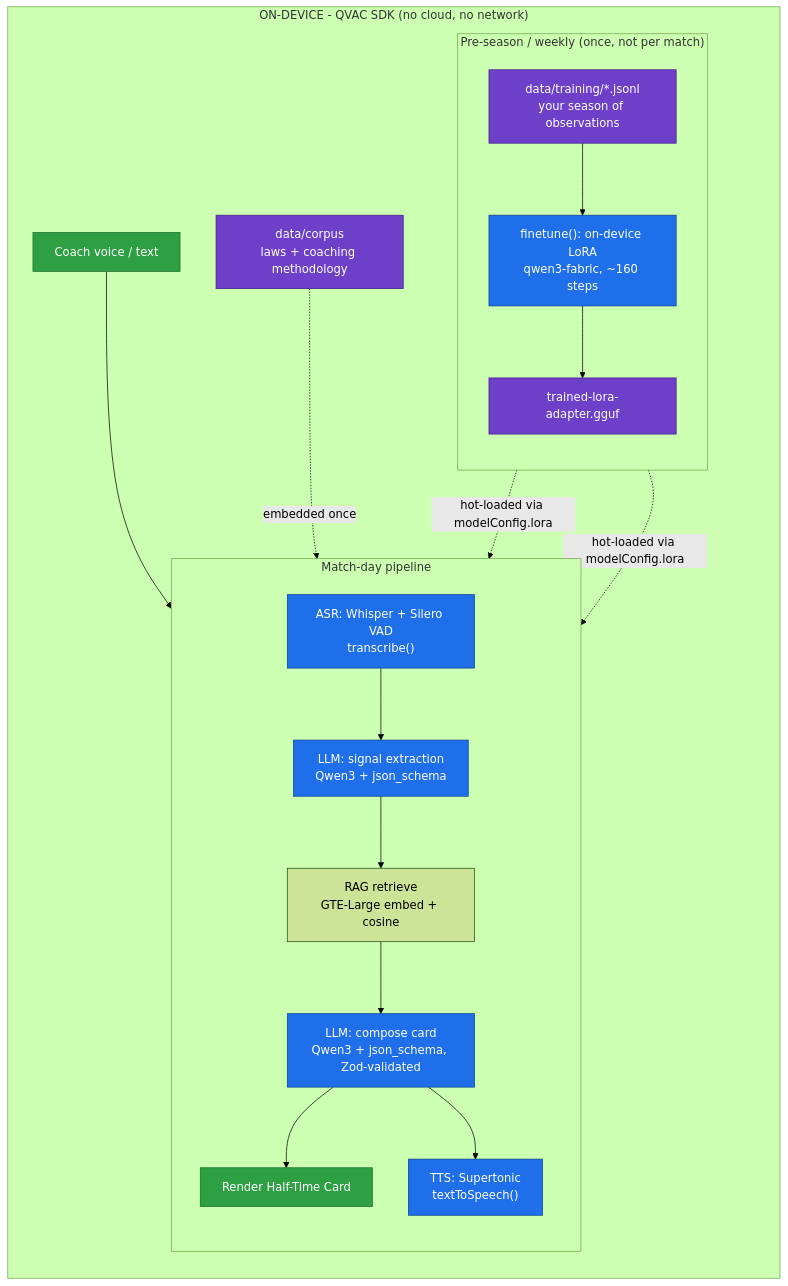
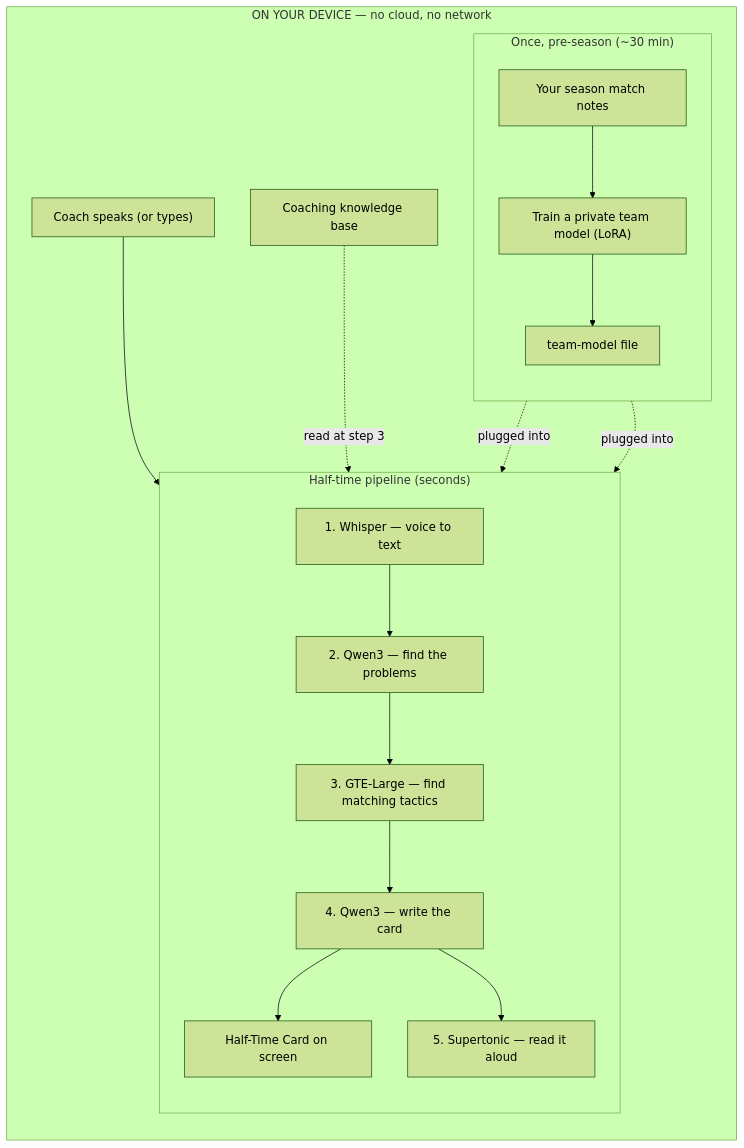
Before and after one commit to FlemingJohn/Gaffer: the first of 4 diagrams in README.md, drawn with Mermaid (forest theme). The commit also changed other lines of this file and 1 other file, not shown here.

Commit message:
docs: rewrite README as multimodal RAG system, add Apache-2.0 license

````diff
--- a/README.md
+++ b/README.md
@@ -67,40 +128,33 @@
 ```mermaid
 flowchart TD
-    subgraph device["ON-DEVICE - QVAC SDK (no cloud, no network)"]
+    subgraph device["ON YOUR DEVICE — no cloud, no network"]
         direction TB
-        IN["Coach voice / text"]
+        IN["Coach speaks (or types)"]
 
-        subgraph match["Match-day pipeline"]
+        subgraph match["Half-time pipeline (seconds)"]
             direction TB
-            ASR["ASR: Whisper + Silero VAD<br/>transcribe()"]
-            SIG["LLM: signal extraction<br/>Qwen3 + json_schema"]
-            RAG["RAG retrieve<br/>GTE-Large embed + cosine"]
-            CARD["LLM: compose card<br/>Qwen3 + json_schema, Zod-validated"]
-            RENDER["Render Half-Time Card"]
-            TTS["TTS: Supertonic<br/>textToSpeech()"]
+            ASR["1. Whisper — voice to text"]
+            SIG["2. Qwen3 — find the problems"]
+            RAG["3. GTE-Large — find matching tactics"]
+            CARD["4. Qwen3 — write the card"]
+            OUT["Half-Time Card on screen"]
+            TTS["5. Supertonic — read it aloud"]
         end
 
-        subgraph train["Pre-season / weekly (once, not per match)"]
+        subgraph train["Once, pre-season (~30 min)"]
             direction TB
-            DATA["data/training/*.jsonl<br/>your season of observations"]
-            FT["finetune(): on-device LoRA<br/>qwen3-fabric, ~160 steps"]
-            ADAPTER["trained-lora-adapter.gguf"]
+            NOTES["Your season match notes"]
+            FT["Train a private team model (LoRA)"]
+            ADAPTER["team-model file"]
         end
 
-        CORPUS["data/corpus<br/>laws + coaching methodology"]
+        KB["Coaching knowledge base"]
     end
 
-    IN --> ASR --> SIG --> RAG --> CARD --> RENDER
+    IN --> ASR --> SIG --> RAG --> CARD --> OUT
     CARD --> TTS
-    CORPUS -. embedded once .-> RAG
-    DATA --> FT --> ADAPTER
-    ADAPTER -. "hot-loaded via modelConfig.lora" .-> SIG
-    ADAPTER -. "hot-loaded via modelConfig.lora" .-> CARD
-
-    classDef llm fill:#1f6feb,stroke:#0b3d91,color:#fff
-    classDef io fill:#2ea043,stroke:#176f2c,color:#fff
-    classDef store fill:#6e40c9,stroke:#3f1d8a,color:#fff
-    class SIG,CARD,ASR,TTS,FT llm
-    class IN,RENDER io
-    class CORPUS,DATA,ADAPTER store
+    KB -. read at step 3 .-> RAG
+    NOTES --> FT --> ADAPTER
+    ADAPTER -. plugged into .-> SIG
+    ADAPTER -. plugged into .-> CARD
 ```
````
